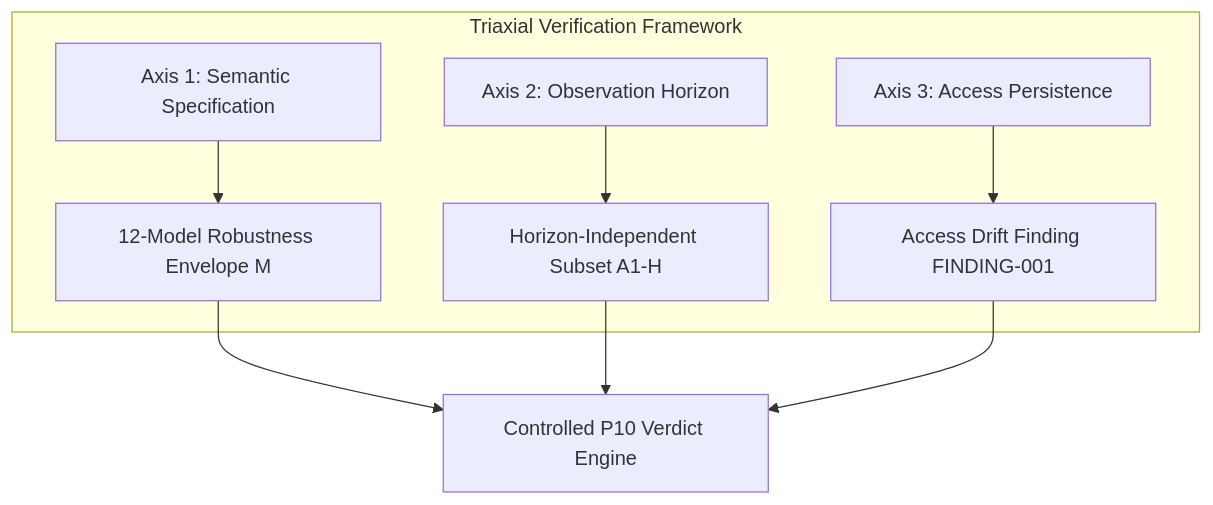
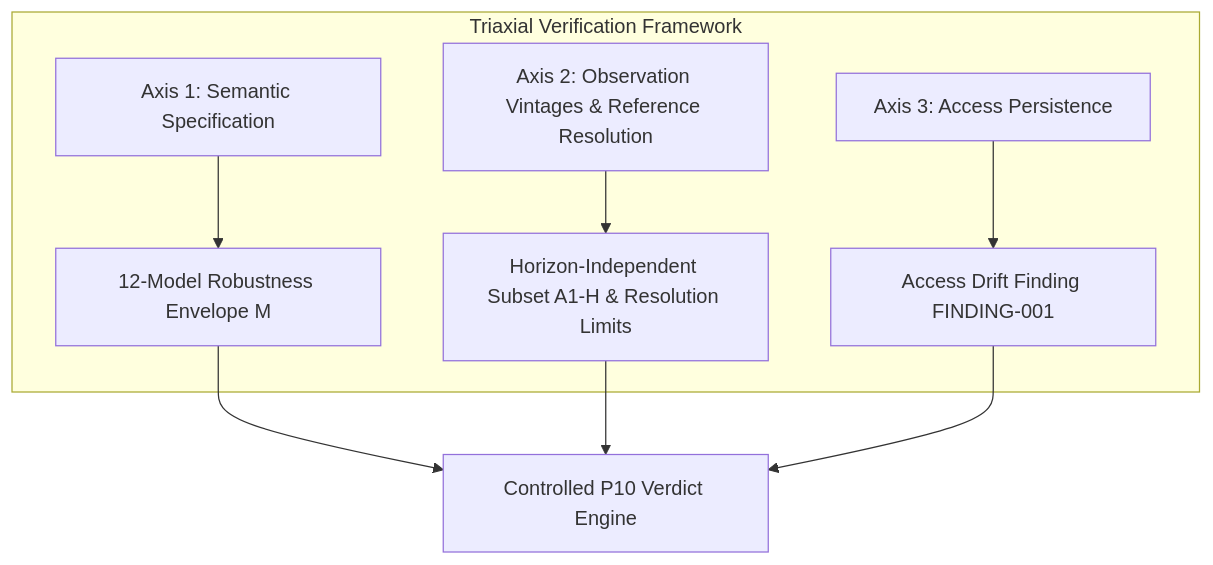
One commit to VolMax-Studio/sandia-battery-degradation-s1 changed the diagram in MANUSCRIPT_DRAFT.md. Above: the diagram before and after it, drawn with Mermaid. The commit also changed other lines of this file, not shown here.

Commit message:
docs(manuscript): refine Axis 2 definition as observation vintages and reference resolution limits

````diff
--- a/MANUSCRIPT_DRAFT.md
+++ b/MANUSCRIPT_DRAFT.md
@@ -36,11 +36,11 @@
 ```mermaid
 graph TD
     subgraph Triaxial Verification Framework
-        A1[Axis 1: Semantic Specification] --> M[12-Model Robustness Envelope M]
-        A2[Axis 2: Observation Horizon] --> H[Horizon-Independent Subset A1-H]
-        A3[Axis 3: Access Persistence] --> D[Access Drift Finding FINDING-001]
+        A1["Axis 1: Semantic Specification"] --> M["12-Model Robustness Envelope M"]
+        A2["Axis 2: Observation Vintages & Reference Resolution"] --> H["Horizon-Independent Subset A1-H & Resolution Limits"]
+        A3["Axis 3: Access Persistence"] --> D["Access Drift Finding FINDING-001"]
     end
-    M --> V[Controlled P10 Verdict Engine]
+    M --> V["Controlled P10 Verdict Engine"]
     H --> V
     D --> V
 ```
````
